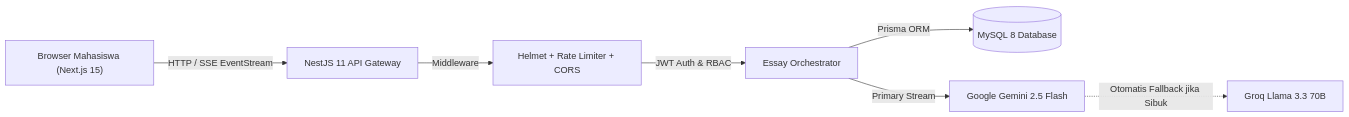
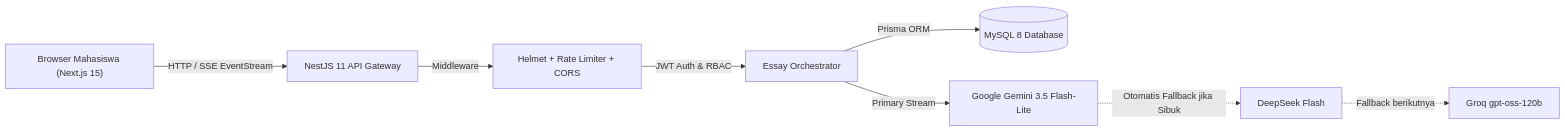
One commit to rafboa/essaymentor-ai changed the diagram in README.md. Above: the diagram before and after it, drawn with Mermaid. The commit also changed other lines of this file and 77 other files, not shown here.

````diff
--- a/README.md
+++ b/README.md
@@ -70,9 +71,10 @@
 ```mermaid
 flowchart LR
     A["Browser Mahasiswa (Next.js 15)"] -->|HTTP / SSE EventStream| B["NestJS 11 API Gateway"]
     B -->|Middleware| C["Helmet + Rate Limiter + CORS"]
     C -->|JWT Auth & RBAC| D["Essay Orchestrator"]
     D -->|Prisma ORM| E[("MySQL 8 Database")]
-    D -->|Primary Stream| F["Google Gemini 2.5 Flash"]
-    F -.->|Otomatis Fallback jika Sibuk| G["Groq Llama 3.3 70B"]
+    D -->|Primary Stream| F["Google Gemini 3.5 Flash-Lite"]
+    F -.->|Otomatis Fallback jika Sibuk| G["DeepSeek Flash"]
+    G -.->|Fallback berikutnya| H["Groq gpt-oss-120b"]
 ```
````
